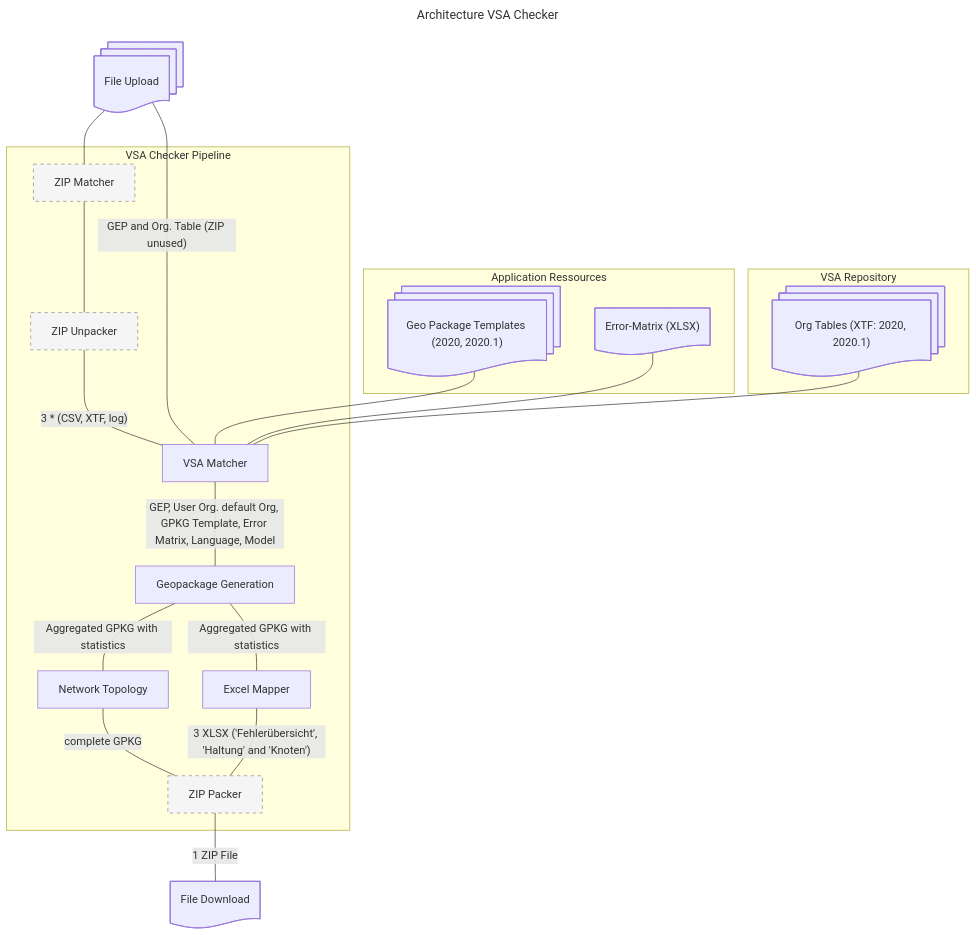
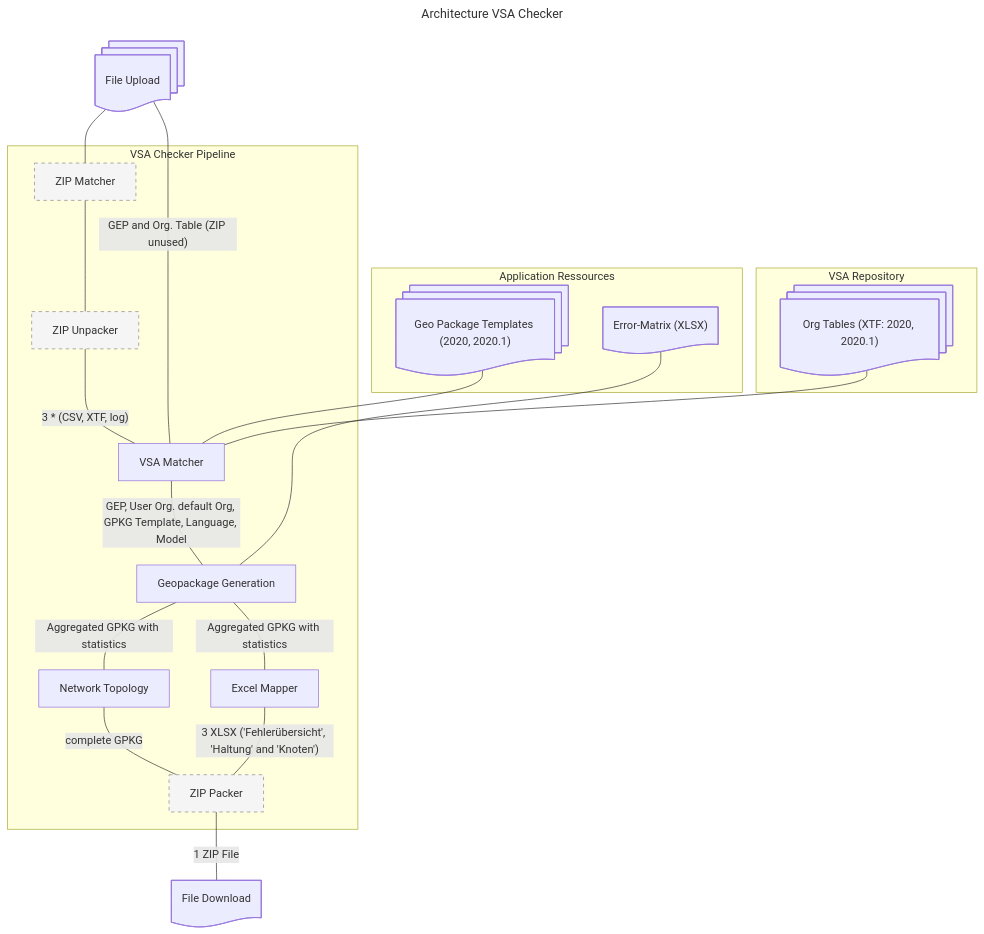
The diagram in docs/architektur.md (geowerkstatt/vsa-checker-analytics), drawn with Mermaid before and after one commit. The commit also changed other lines of this file and 4 other files, not shown here.

First line of the commit message:
Inject error matrix via ${file}, not matcher

````diff
--- a/docs/architektur.md
+++ b/docs/architektur.md
@@ -13,41 +13,41 @@
 ```mermaid
 ---
 title: Architecture VSA Checker
 ---
 flowchart
 	subgraph vsaRepository["VSA Repository"]
 		orgTables@{ shape: "docs", label: "Org Tables (XTF: 2020, 2020.1)" }
 	end
 	subgraph appResources["Application Ressources"]
 		geoPackageTemplates@{ shape: "docs", label: "Geo Package Templates (2020, 2020.1)" }
 		errorMatrix@{ shape: "doc", label: "Error-Matrix (XLSX)" }
 	end
 	subgraph vsaCheckerPipeline["VSA Checker Pipeline"]
 		zipMatcher["ZIP Matcher"]
 		unzipper["ZIP Unpacker"]
 		vsaMatcher["VSA Matcher"]
 		aggregationProcess["Geopackage Generation"]
 		
 		networkTopology["Network Topology"]
 		excelMapper["Excel Mapper"]
 		zipPacker["ZIP Packer"]
 	end
 	fileUpload@{ shape: "docs", label: "File Upload" }
 	fileDownload@{ shape: "doc", label: "File Download" }
 	fileUpload --- zipMatcher
 	zipMatcher --- unzipper
 	fileUpload ---|"GEP and Org. Table (ZIP unused)"| vsaMatcher
 	geoPackageTemplates --- vsaMatcher
 	orgTables --- vsaMatcher
 	unzipper ---|"3 * (CSV, XTF, log)"| vsaMatcher
-	errorMatrix --- vsaMatcher
-	vsaMatcher ---|"GEP, User Org. default Org, GPKG Template, Error Matrix, Language, Model"| aggregationProcess
+	errorMatrix --- aggregationProcess
+	vsaMatcher ---|"GEP, User Org. default Org, GPKG Template, Language, Model"| aggregationProcess
 	aggregationProcess ---|"Aggregated GPKG with statistics"| networkTopology
 	aggregationProcess ---|"Aggregated GPKG with statistics"| excelMapper
 	networkTopology ---|"complete GPKG"| zipPacker
 	excelMapper ---|"3 XLSX ('Fehlerübersicht', 'Haltung' and 'Knoten')"| zipPacker
 	zipPacker --- |"1 ZIP File"| fileDownload
 
 	classDef geopilotBuiltIn fill:#f5f5f5,stroke:#888,stroke-dasharray:5 5
 	class zipMatcher,unzipper,zipPacker geopilotBuiltIn
 ```
````
